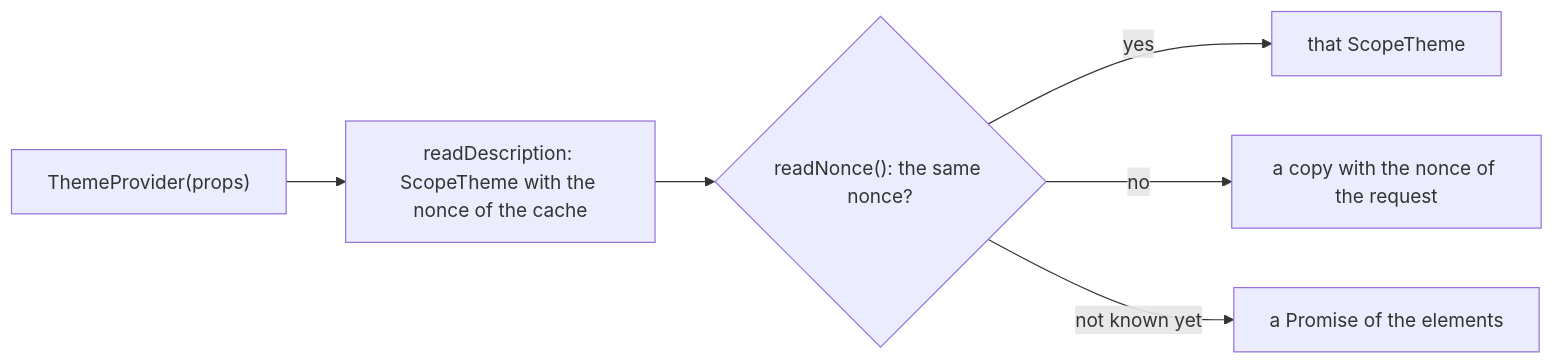
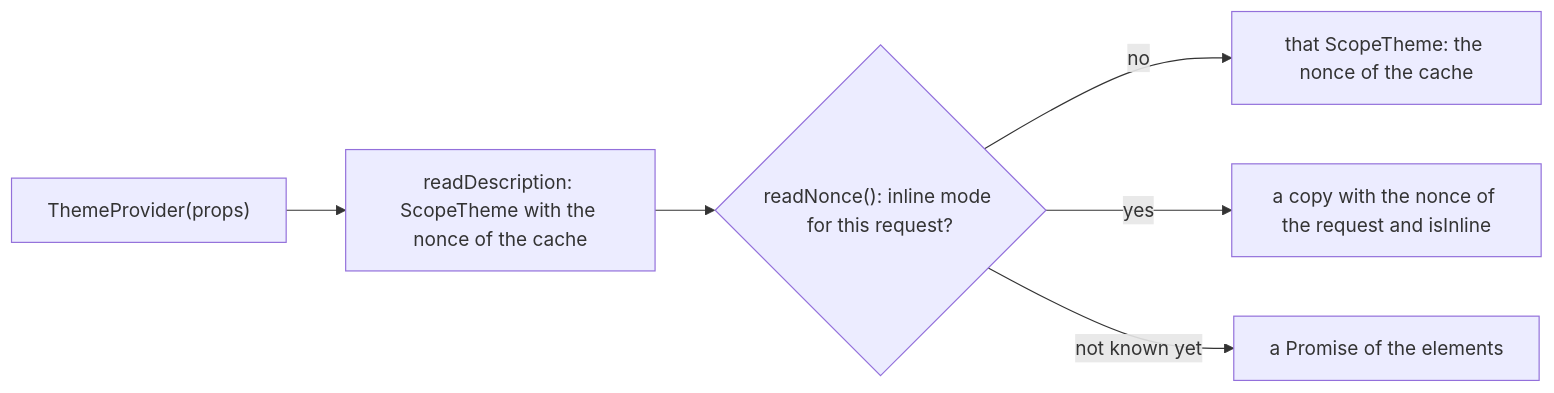
Before and after one commit to soroush-tech/umber-style: the second of 2 diagrams in packages/react/src/ThemeProvider.server.md, drawn with Mermaid. The commit also changed other lines of this file and 67 other files, not shown here.

````diff
--- a/packages/react/src/ThemeProvider.server.md
+++ b/packages/react/src/ThemeProvider.server.md
@@ -68,8 +72,8 @@
 ```mermaid
 flowchart LR
   provider["ThemeProvider(props)"] --> describe["readDescription: ScopeTheme with the nonce of the cache"]
-  describe --> nonce{"readNonce(): the same nonce?"}
-  nonce -->|yes| same["that ScopeTheme"]
-  nonce -->|no| copy["a copy with the nonce of the request"]
+  describe --> nonce{"readNonce(): inline mode for this request?"}
+  nonce -->|no| same["that ScopeTheme: the nonce of the cache"]
+  nonce -->|yes| copy["a copy with the nonce of the request and isInline"]
   nonce -->|"not known yet"| wait["a Promise of the elements"]
 ```
````
